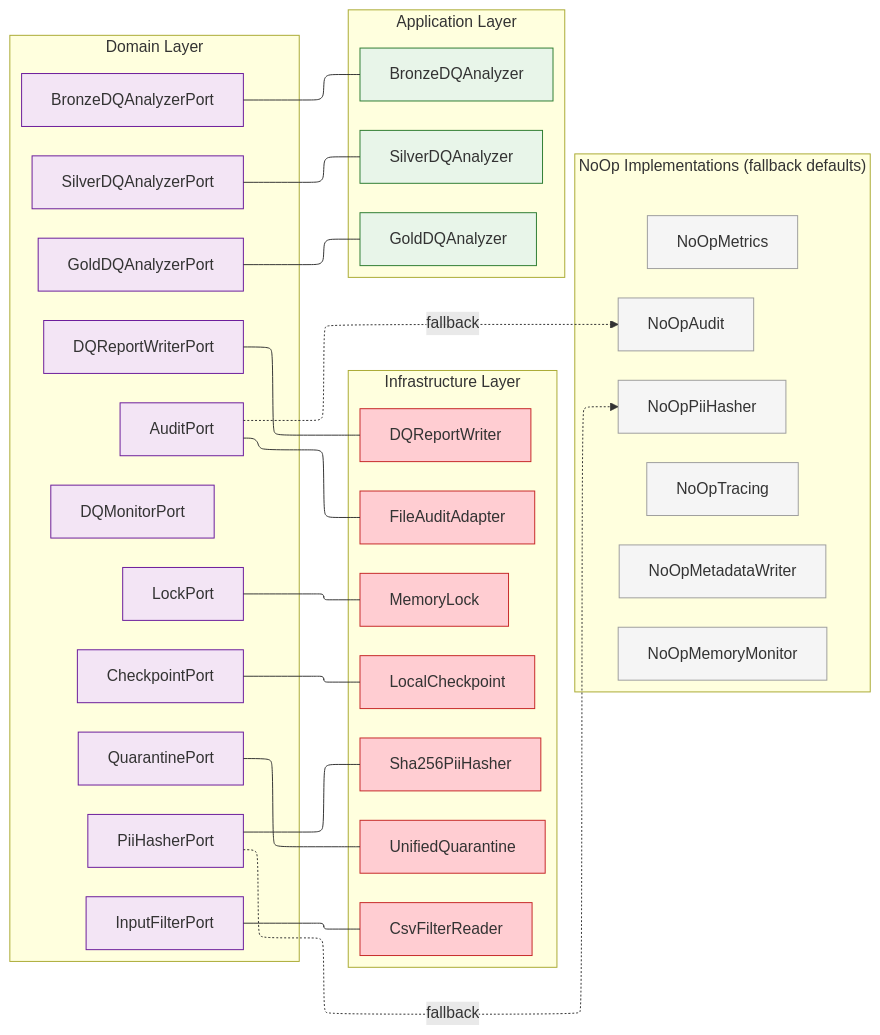
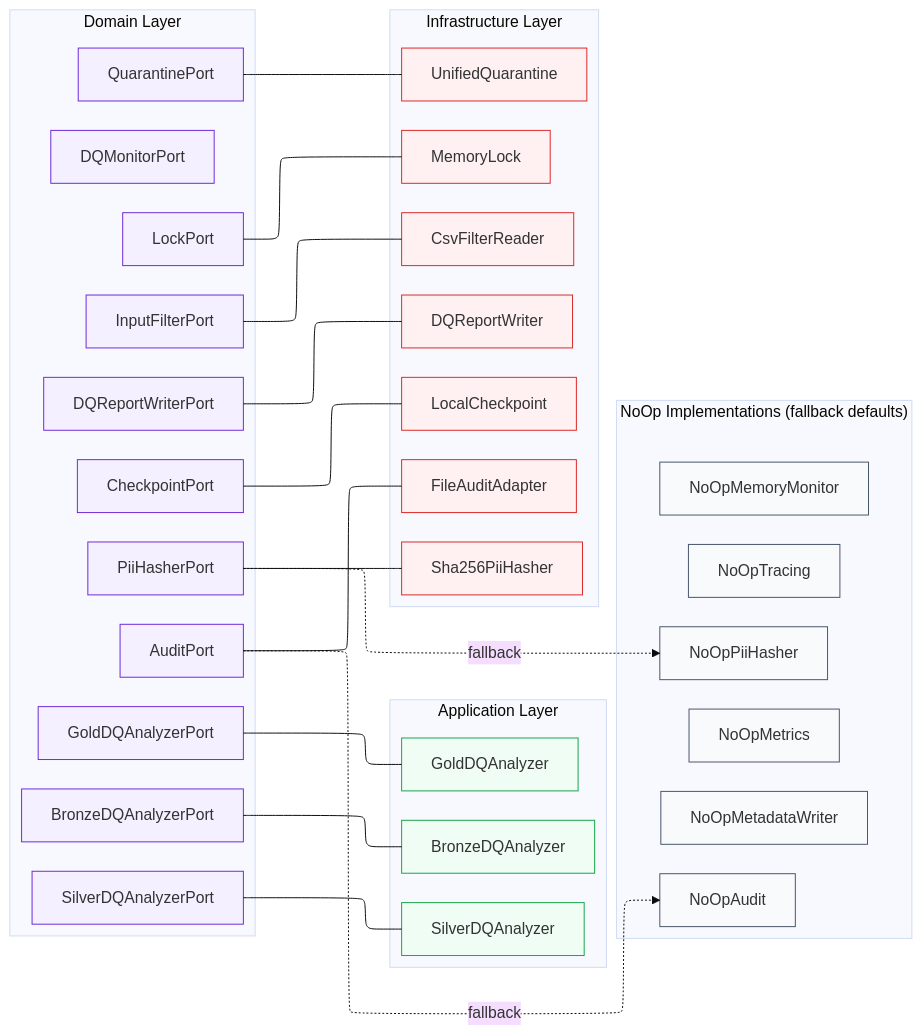
One commit to SatoryKono/BioactivityDataAcquisition changed the diagram in docs/02-architecture/mmd-diagrams/architecture/13d-port-contracts-services.mmd. Above: the diagram before and after it, drawn with Mermaid. The commit also changed 6 other files, not shown here.

```diff
--- a/docs/02-architecture/mmd-diagrams/architecture/13d-port-contracts-services.mmd
+++ b/docs/02-architecture/mmd-diagrams/architecture/13d-port-contracts-services.mmd
@@ -1,77 +1,81 @@
 %% BioETL — Port Contracts: Services and Controls
 %% Covers control ports, data quality service ports, and related implementations.
 
 %% @version 1.0.0
 %% @date    2026-02-25
 %% @type    flowchart
 %% @level   System / Component
 %% @view    services
 %% @parent  13-port-protocol-contracts.mmd
 %% @nodes   20
-%% @uniform width=200 height=56 max_title_len=20 max_desc_lines=0
+%% @uniform width=200 height=56 max_title_len=20 max_desc_lines=1
 
-%%{init: {'layout': 'elk', 'elk': {'mergeEdges': false, 'nodePlacementStrategy': 'NETWORK_SIMPLEX', 'edgeRouting': 'POLYLINE'}}}%%
+%%{init: {'layout': 'elk', 'theme': 'base', 'themeVariables': {'fontFamily': 'Inter, Roboto, sans-serif'}, 'elk': {'mergeEdges': true, 'nodePlacementStrategy': 'BRANDES_KOEPF', 'cycleBreakingStrategy': 'GREEDY', 'direction': 'RIGHT', 'spacing.nodeNode': 40, 'spacing.edgeNode': 30, 'spacing.edgeEdge': 20, 'edgeRouting': 'POLYLINE'}}}%%
 graph LR
 %% keep-orphan: DQMP
+%% keep-orphan: NTP
+%% keep-orphan: NMP
+%% keep-orphan: NMM
+%% keep-orphan: NMW
     subgraph Domain["Domain Layer"]
         LKP["LockPort"]
         CKP["CheckpointPort"]
         QRP["QuarantinePort"]
         ADP["AuditPort"]
         PIIP["PiiHasherPort"]
         IFP["InputFilterPort"]
         DQMP["DQMonitorPort"]
         BDQP["BronzeDQAnalyzerPort"]
         SDQP["SilverDQAnalyzerPort"]
         GDQP["GoldDQAnalyzerPort"]
         DQRWP["DQReportWriterPort"]
     end
 
     subgraph Infrastructure["Infrastructure Layer"]
         ML["MemoryLock"]
         LC["LocalCheckpoint"]
         UQ["UnifiedQuarantine"]
         FA["FileAuditAdapter"]
         SPH["Sha256PiiHasher"]
         CSVR["CsvFilterReader"]
         DQRW_I["DQReportWriter"]
     end
 
     subgraph Application["Application Layer"]
         BDA["BronzeDQAnalyzer"]
         SDA["SilverDQAnalyzer"]
         GDA["GoldDQAnalyzer"]
     end
 
     subgraph NoOps["NoOp Implementations (fallback defaults)"]
         NTP["NoOpTracing"]
         NMP["NoOpMetrics"]
         NAP["NoOpAudit"]
         NPH["NoOpPiiHasher"]
         NMM["NoOpMemoryMonitor"]
         NMW["NoOpMetadataWriter"]
     end
 
     LKP --- ML
     CKP --- LC
     QRP --- UQ
     ADP --- FA
     PIIP --- SPH
     IFP --- CSVR
     BDQP --- BDA
     SDQP --- SDA
     GDQP --- GDA
     DQRWP --- DQRW_I
 
     ADP -.->|"fallback"| NAP
     PIIP -.->|"fallback"| NPH
 
-    classDef domain fill:#f3e5f5,stroke:#6a1b9a
-    classDef app fill:#e8f5e9,stroke:#2e7d32
-    classDef infra fill:#ffcdd2,stroke:#c62828
-    classDef noop fill:#f5f5f5,stroke:#9e9e9e
+    classDef domain fill:#F4F0FF,stroke:#6D28D9
+    classDef app fill:#F0FDF4,stroke:#16A34A
+    classDef infra fill:#FFF1F2,stroke:#DC2626
+    classDef noop fill:#F8FAFC,stroke:#475569
 
     class LKP,CKP,QRP,ADP,PIIP,IFP,DQMP,BDQP,SDQP,GDQP,DQRWP domain
     class BDA,SDA,GDA app
     class ML,LC,UQ,FA,SPH,CSVR,DQRW_I infra
     class NTP,NMP,NAP,NPH,NMM,NMW noop
```
